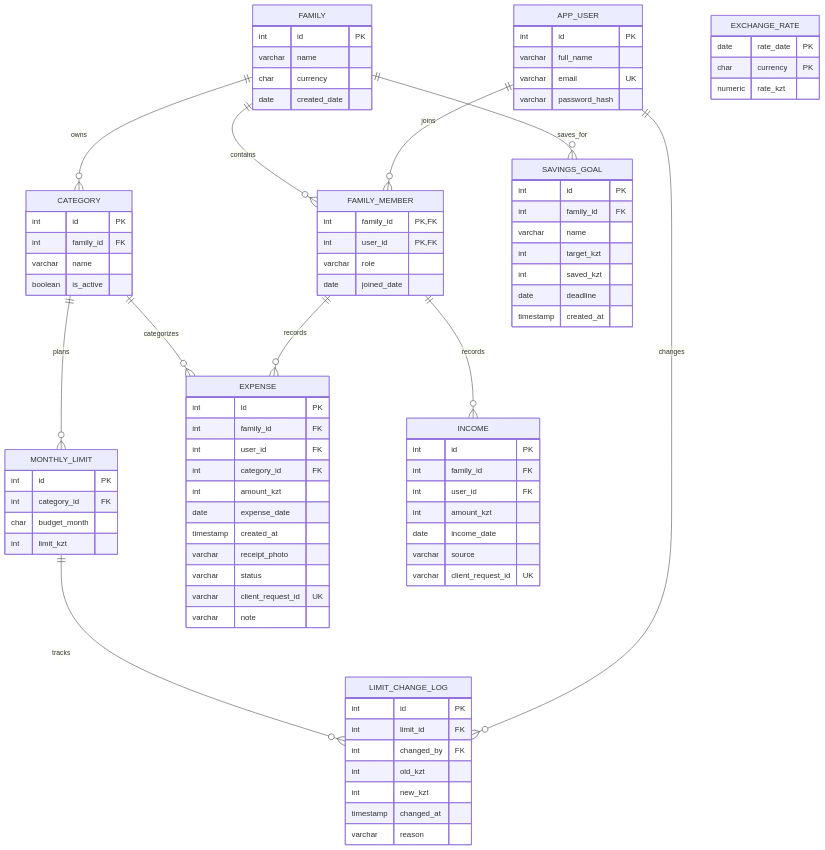
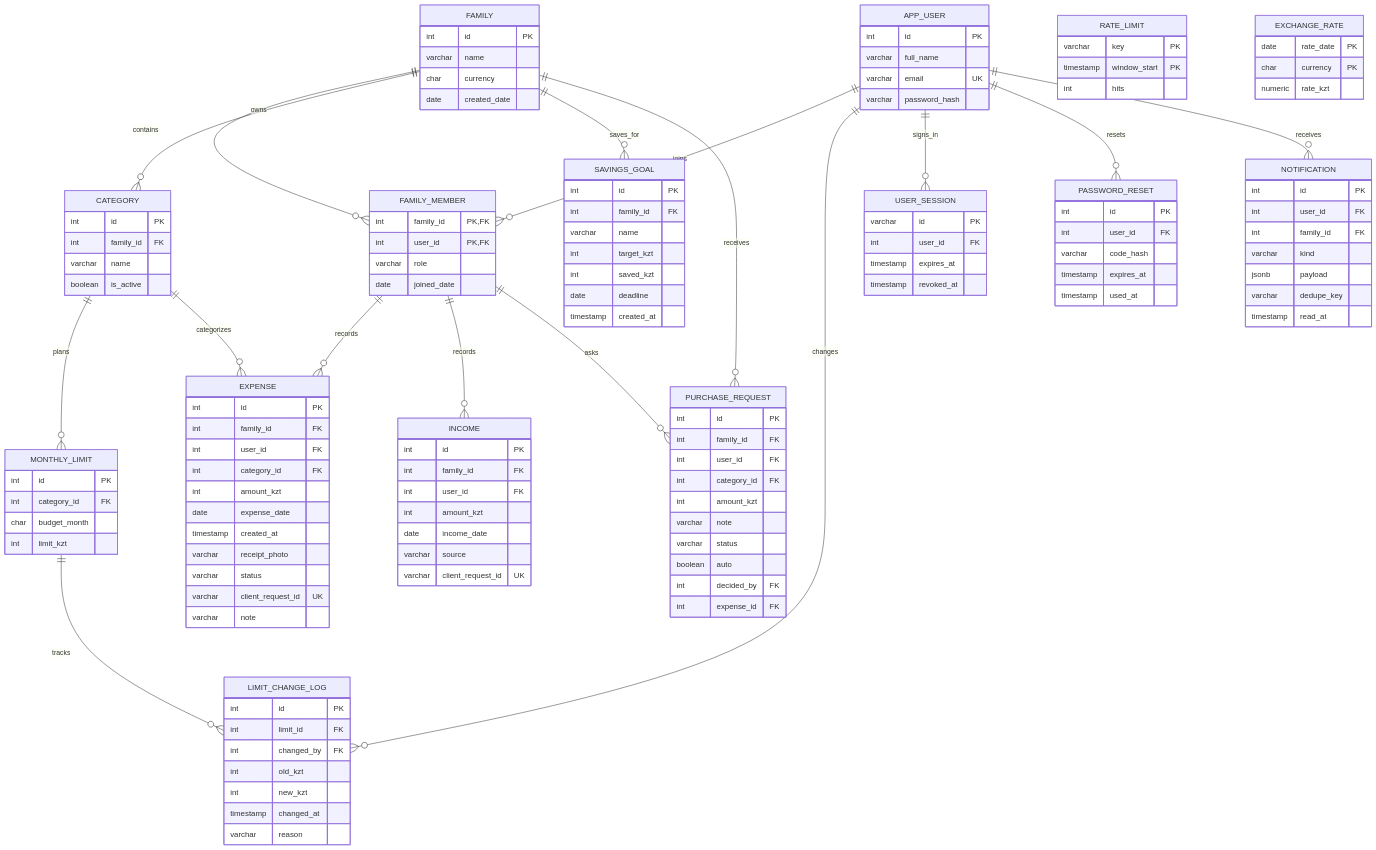
Before and after one commit to atalgatbek/Family-Budget-Tracker: the diagram in docs/schema.md, drawn with Mermaid. The commit also changed other lines of this file and 35 other files, not shown here.

First line of the commit message:
Add purchase requests, notifications, limited sessions, password reset and rate limits

```diff
--- a/docs/schema.md
+++ b/docs/schema.md
@@ -12,6 +12,11 @@
     MONTHLY_LIMIT ||--o{ LIMIT_CHANGE_LOG : tracks
     APP_USER ||--o{ LIMIT_CHANGE_LOG : changes
     FAMILY ||--o{ SAVINGS_GOAL : saves_for
+    FAMILY ||--o{ PURCHASE_REQUEST : receives
+    FAMILY_MEMBER ||--o{ PURCHASE_REQUEST : asks
+    APP_USER ||--o{ USER_SESSION : signs_in
+    APP_USER ||--o{ PASSWORD_RESET : resets
+    APP_USER ||--o{ NOTIFICATION : receives
     FAMILY {
         int id PK
         varchar name
@@ -82,6 +87,45 @@
         date deadline
         timestamp created_at
     }
+    PURCHASE_REQUEST {
+        int id PK
+        int family_id FK
+        int user_id FK
+        int category_id FK
+        int amount_kzt
+        varchar note
+        varchar status
+        boolean auto
+        int decided_by FK
+        int expense_id FK
+    }
+    USER_SESSION {
+        varchar id PK
+        int user_id FK
+        timestamp expires_at
+        timestamp revoked_at
+    }
+    PASSWORD_RESET {
+        int id PK
+        int user_id FK
+        varchar code_hash
+        timestamp expires_at
+        timestamp used_at
+    }
+    NOTIFICATION {
+        int id PK
+        int user_id FK
+        int family_id FK
+        varchar kind
+        jsonb payload
+        varchar dedupe_key
+        timestamp read_at
+    }
+    RATE_LIMIT {
+        varchar key PK
+        timestamp window_start PK
+        int hits
+    }
     EXCHANGE_RATE {
         date rate_date PK
         char currency PK
```
